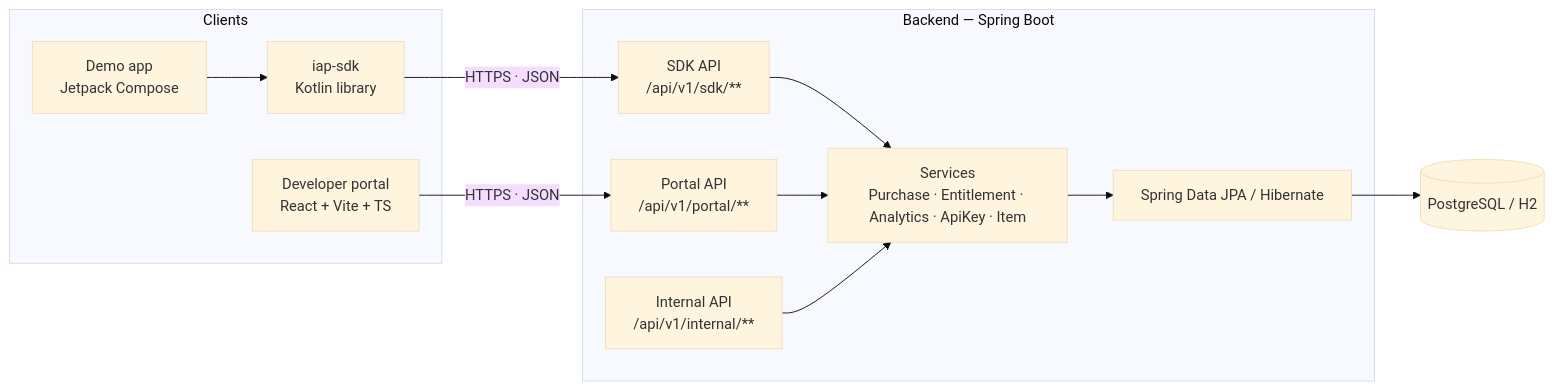
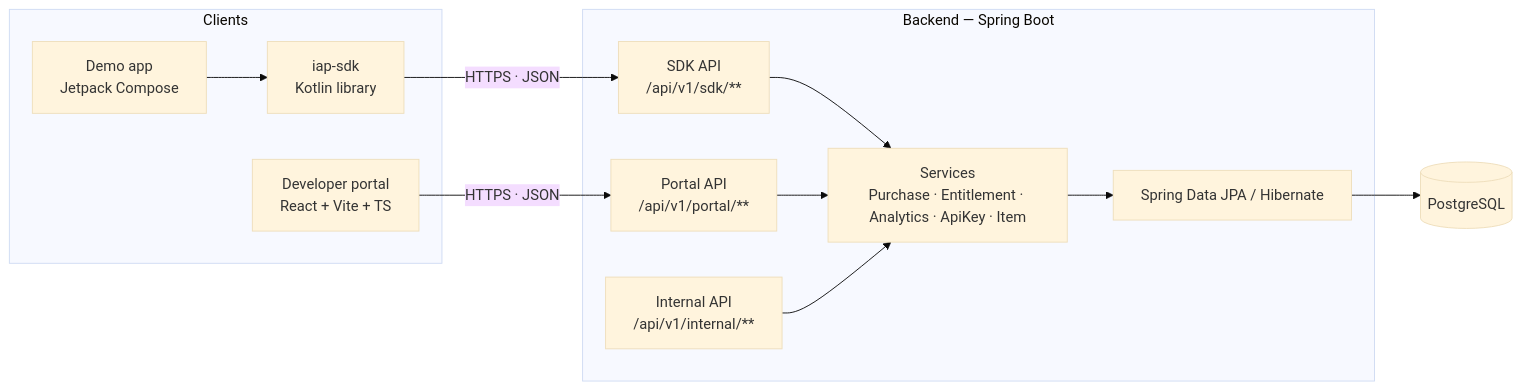
The first of 4 diagrams in README.md (ofekgki/IAPManagement), drawn with Mermaid (base theme) before and after one commit. The commit also changed other lines of this file and 4 other files, not shown here.

Commit message:
Update documentation to reflect PostgreSQL usage and Docker Compose setup

````diff
--- a/README.md
+++ b/README.md
@@ -119,27 +119,27 @@
 ```mermaid
 flowchart LR
     subgraph clients [Clients]
         app["Demo app<br/>Jetpack Compose"]
         sdk["iap-sdk<br/>Kotlin library"]
         portal["Developer portal<br/>React + Vite + TS"]
         app --> sdk
     end
 
     subgraph backend [Backend — Spring Boot]
         sdkApi["SDK API<br/>/api/v1/sdk/**"]
         portalApi["Portal API<br/>/api/v1/portal/**"]
         internalApi["Internal API<br/>/api/v1/internal/**"]
         services["Services<br/>Purchase · Entitlement · Analytics · ApiKey · Item"]
         jpa["Spring Data JPA / Hibernate"]
         sdkApi --> services
         portalApi --> services
         internalApi --> services
         services --> jpa
     end
 
-    db[("PostgreSQL / H2")]
+    db[("PostgreSQL")]
 
     sdk -- "HTTPS · JSON" --> sdkApi
     portal -- "HTTPS · JSON" --> portalApi
     jpa --> db
 ```
````
